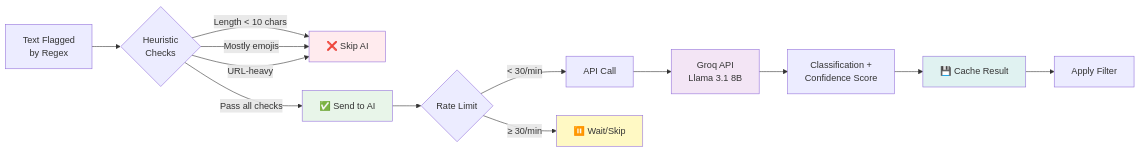
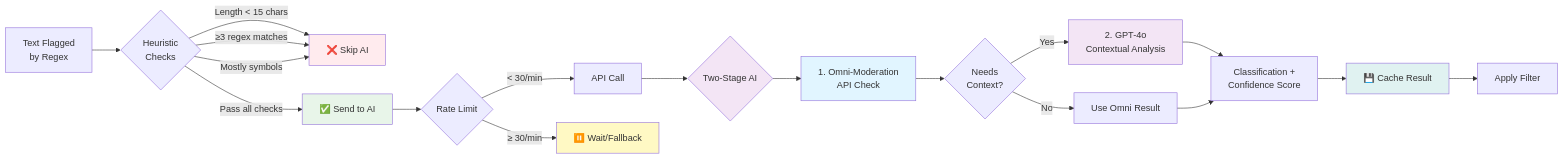
Before and after one commit to shinjitsue/JoSan: the second of 4 diagrams in README.md, drawn with Mermaid. The commit also changed other lines of this file, not shown here.

Commit message:
docs: expand README with features, architecture, privacy and usage details

````diff
--- a/README.md
+++ b/README.md
@@ -304,25 +397,34 @@
 ```mermaid
 graph LR
     A[Text Flagged<br/>by Regex] --> B{Heuristic<br/>Checks}
 
-    B -->|Length < 10 chars| C[❌ Skip AI]
-    B -->|Mostly emojis| C
-    B -->|URL-heavy| C
+    B -->|Length < 15 chars| C[❌ Skip AI]
+    B -->|≥3 regex matches| C
+    B -->|Mostly symbols| C
     B -->|Pass all checks| D[✅ Send to AI]
 
     D --> E{Rate Limit}
     E -->|< 30/min| F[API Call]
-    E -->|≥ 30/min| G[⏸️ Wait/Skip]
+    E -->|≥ 30/min| G[⏸️ Wait/Fallback]
 
-    F --> H[Groq API<br/>Llama 3.1 8B]
-    H --> I[Classification +<br/>Confidence Score]
+    F --> H{Two-Stage AI}
+    H --> I[1. Omni-Moderation<br/>API Check]
+    I --> J{Needs<br/>Context?}
 
-    I --> J[💾 Cache Result]
-    J --> K[Apply Filter]
+    J -->|Yes| K[2. GPT-4o<br/>Contextual Analysis]
+    J -->|No| L[Use Omni Result]
+
+    K --> M[Classification +<br/>Confidence Score]
+    L --> M
+
+    M --> N[💾 Cache Result]
+    N --> O[Apply Filter]
 
     style C fill:#ffebee
     style D fill:#e8f5e9
     style G fill:#fff9c4
     style H fill:#f3e5f5
-    style J fill:#e0f2f1
+    style I fill:#e1f5ff
+    style K fill:#f3e5f5
+    style N fill:#e0f2f1
 ```
````
